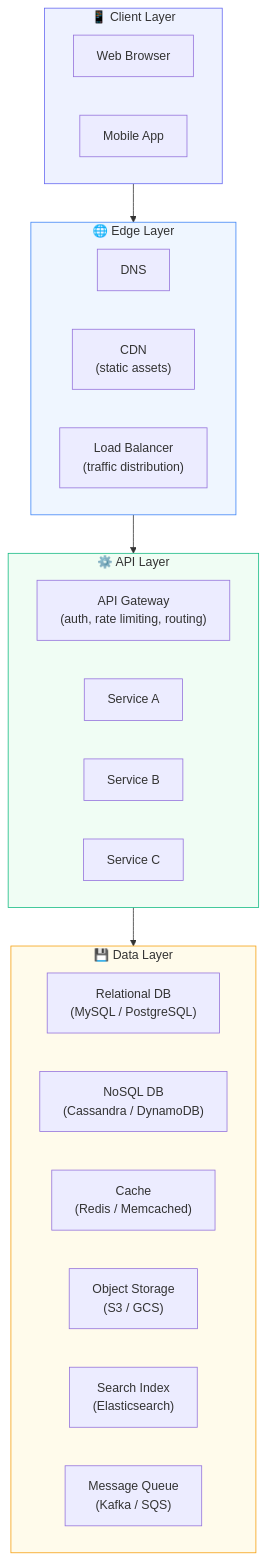
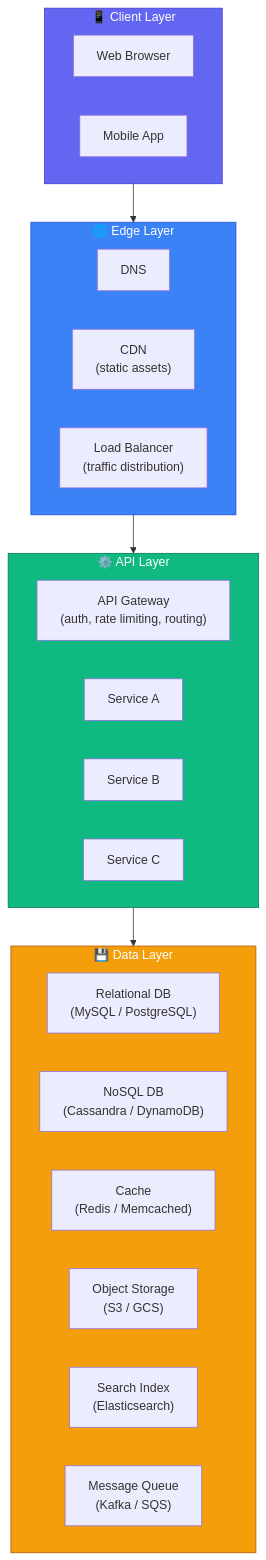
Before and after one commit to devops-monk/system-design-blog: the seventh of 18 diagrams in content/posts/2026/framework-for-system-design-interviews.md, drawn with Mermaid. The commit also changed other lines of this file and 5 other files, not shown here.

````diff
--- a/content/posts/2026/framework-for-system-design-interviews.md
+++ b/content/posts/2026/framework-for-system-design-interviews.md
@@ -270,36 +270,36 @@
 ```mermaid
 flowchart TD
     subgraph Client["📱 Client Layer"]
         WEB["Web Browser"]
         MOB["Mobile App"]
     end
 
     subgraph Edge["🌐 Edge Layer"]
         DNS["DNS"]
         CDN["CDN\n(static assets)"]
         LB["Load Balancer\n(traffic distribution)"]
     end
 
     subgraph API["⚙️ API Layer"]
         GW["API Gateway\n(auth, rate limiting, routing)"]
         SVC1["Service A"]
         SVC2["Service B"]
         SVC3["Service C"]
     end
 
     subgraph Data["💾 Data Layer"]
         SQL["Relational DB\n(MySQL / PostgreSQL)"]
         NOSQL["NoSQL DB\n(Cassandra / DynamoDB)"]
         CACHE["Cache\n(Redis / Memcached)"]
         BLOB["Object Storage\n(S3 / GCS)"]
         SEARCH["Search Index\n(Elasticsearch)"]
         MQ["Message Queue\n(Kafka / SQS)"]
     end
 
     Client --> Edge --> API --> Data
 
-    style Client fill:#EEF2FF,stroke:#6366F1
-    style Edge fill:#EFF6FF,stroke:#3B82F6
-    style API fill:#F0FDF4,stroke:#10B981
-    style Data fill:#FFFBEB,stroke:#F59E0B
+    style Client fill:#6366F1,stroke:#4338CA,color:#fff
+    style Edge fill:#3B82F6,stroke:#1D4ED8,color:#fff
+    style API fill:#10B981,stroke:#047857,color:#fff
+    style Data fill:#F59E0B,stroke:#B45309,color:#fff
 ```
````
